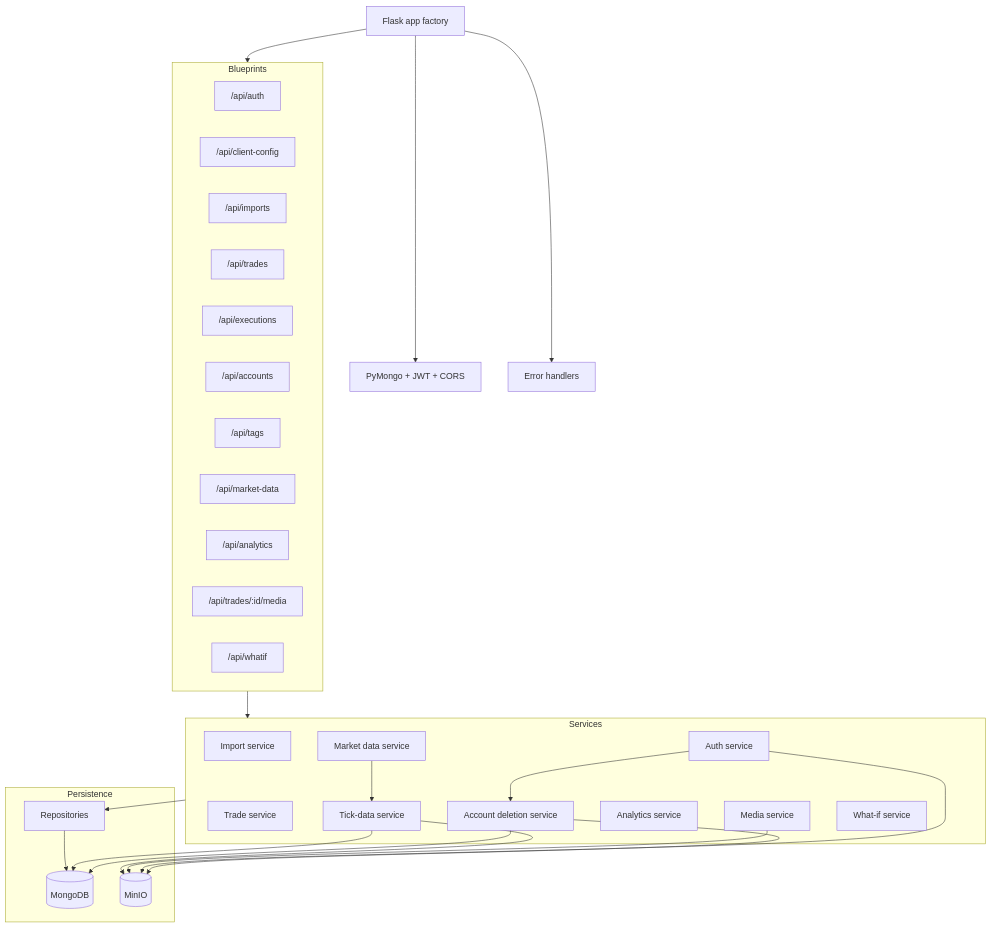
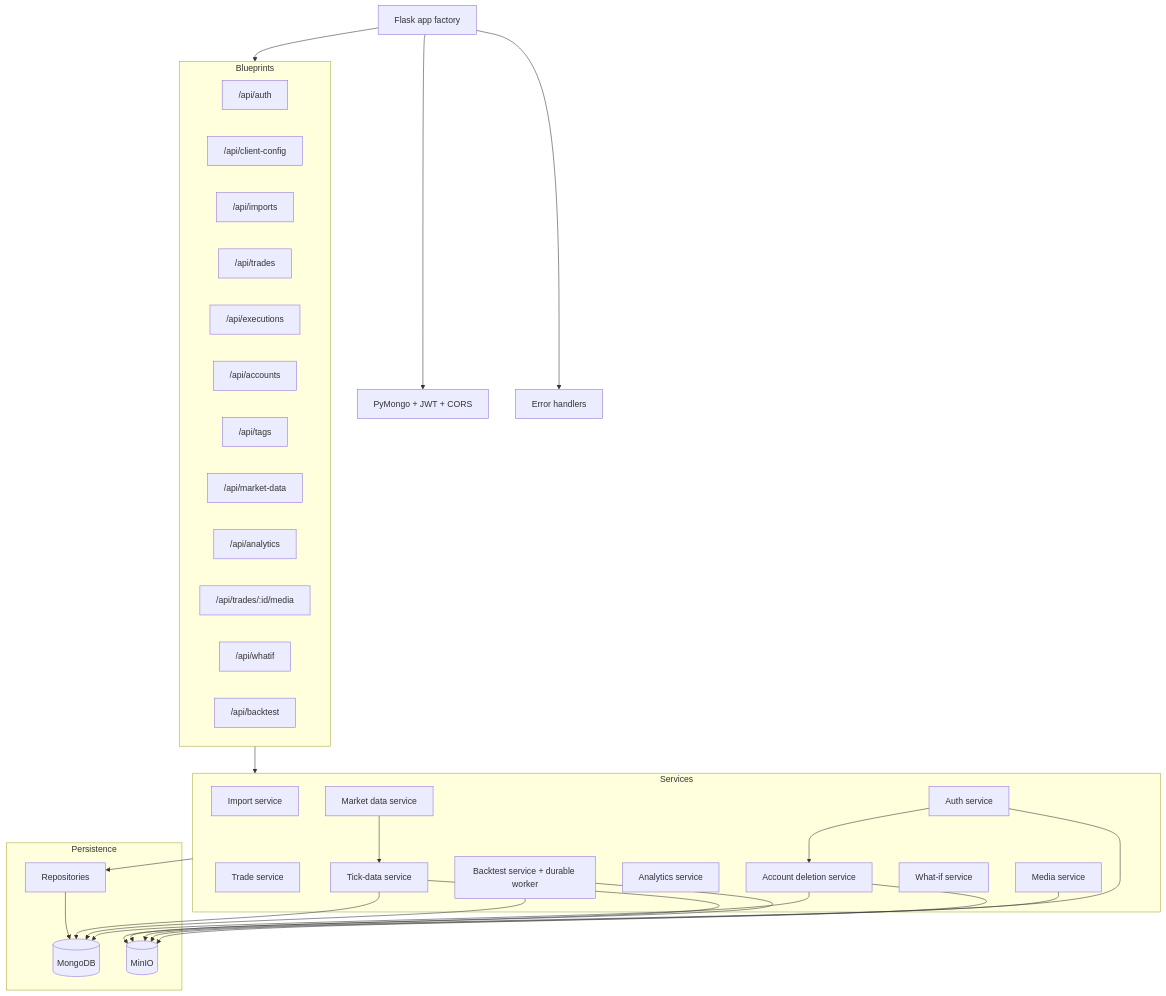
Before and after one commit to diridevelops/JanusEdge: the first of 7 diagrams in docs/architecture/backend.md, drawn with Mermaid. The commit also changed other lines of this file and 283 other files, not shown here.

````diff
--- a/docs/architecture/backend.md
+++ b/docs/architecture/backend.md
@@ -18,53 +19,57 @@
 ```mermaid
 graph TB
 	App[Flask app factory]
 	Extensions[PyMongo + JWT + CORS]
 	Errors[Error handlers]
 
 	subgraph Blueprints
 		Auth["/api/auth"]
 		ClientConfig["/api/client-config"]
 		Imports["/api/imports"]
 		Trades["/api/trades"]
 		Executions["/api/executions"]
 		Accounts["/api/accounts"]
 		Tags["/api/tags"]
 		Market["/api/market-data"]
 		Analytics["/api/analytics"]
 		Media["/api/trades/:id/media"]
 		WhatIf["/api/whatif"]
+		Backtests["/api/backtest"]
 	end
 
 	subgraph Services
 		ImportSvc[Import service]
 		TradeSvc[Trade service]
 		AuthSvc[Auth service]
 		AccountDeletionSvc[Account deletion service]
 		MarketSvc[Market data service]
 		TickDataSvc[Tick-data service]
 		AnalyticsSvc[Analytics service]
 		MediaSvc[Media service]
 		WhatIfSvc[What-if service]
+		BacktestSvc[Backtest service + durable worker]
 	end
 
 	subgraph Persistence
 		Repos[Repositories]
 		Mongo[(MongoDB)]
 		MinIO[(MinIO)]
 	end
 
 	App --> Extensions
 	App --> Errors
 	App --> Blueprints
 	Blueprints --> Services
 	Services --> Repos
 	Repos --> Mongo
 	MarketSvc --> TickDataSvc
 	TickDataSvc --> MinIO
 	TickDataSvc --> Mongo
+	BacktestSvc --> Mongo
+	BacktestSvc --> MinIO
 	MediaSvc --> MinIO
 	AuthSvc --> MinIO
 	AuthSvc --> AccountDeletionSvc
 	AccountDeletionSvc --> Mongo
 	AccountDeletionSvc --> MinIO
 ```
````
